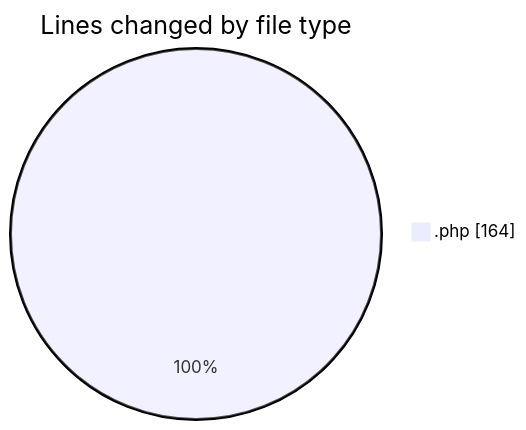
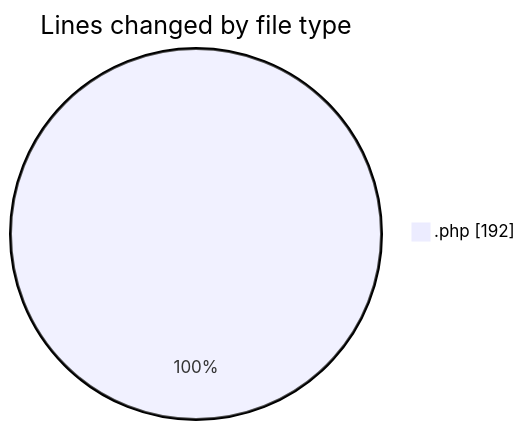
The first of 2 diagrams in 2025-09-16/totem2/README.md (LanceThiago/code-tracking), drawn with Mermaid before and after one commit. The commit also changed other lines of this file and 1 other file, not shown here.

````diff
--- a/2025-09-16/totem2/README.md
+++ b/2025-09-16/totem2/README.md
@@ -20,5 +21,5 @@
 ```mermaid
 pie showData
 title Lines changed by file type
-".php" : 164
+".php" : 192
 ```
````
